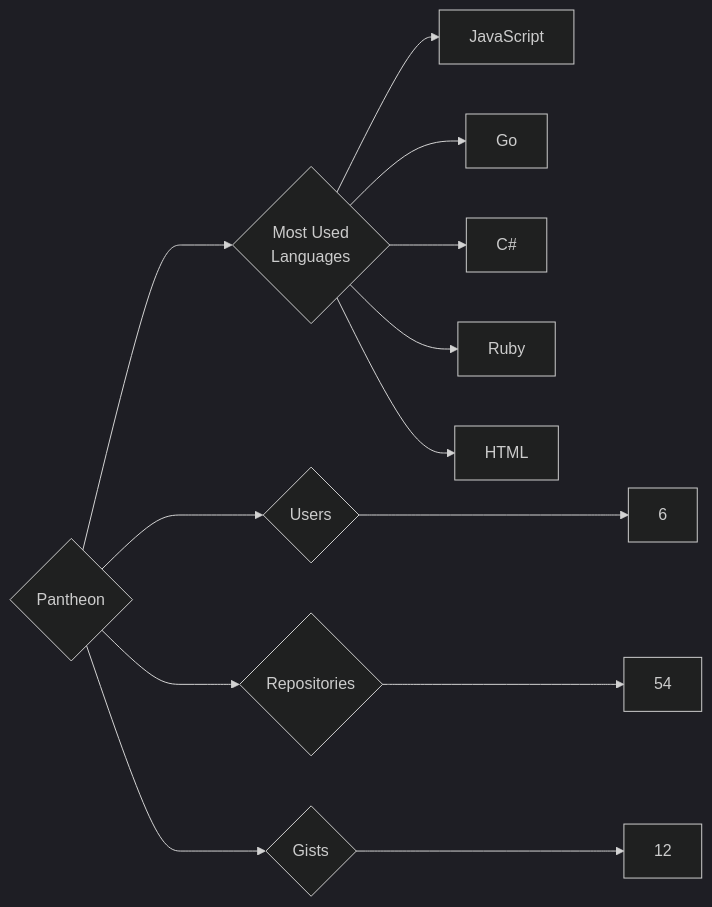
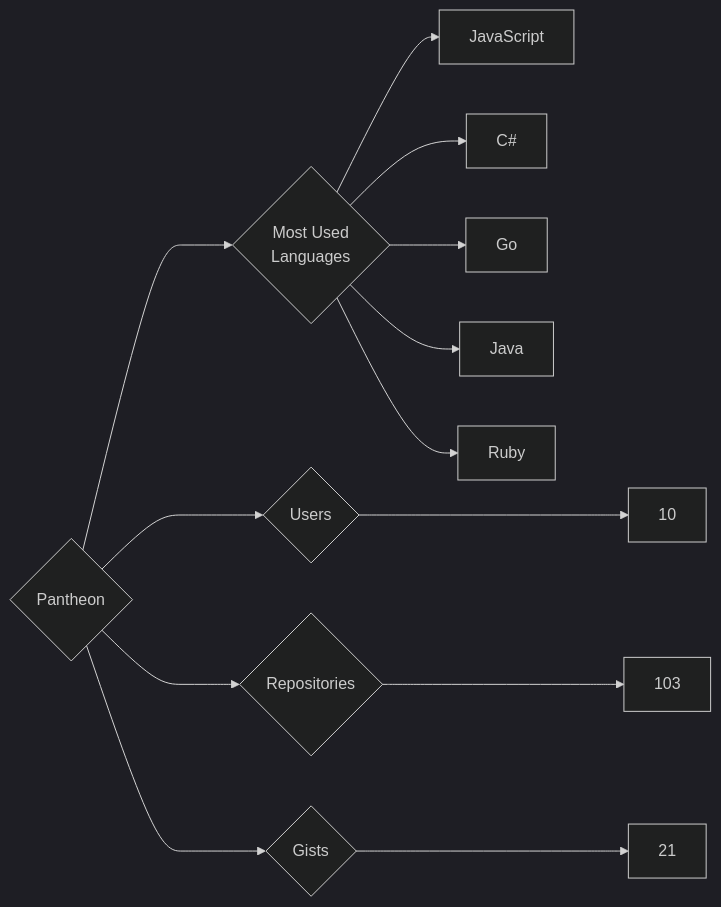
Before and after one commit to trickest/insiders: the diagram in targets/Pantheon/README.md, drawn with Mermaid (dark theme). The commit also changed 1484 other files, not shown here.

````diff
--- a/targets/Pantheon/README.md
+++ b/targets/Pantheon/README.md
@@ -3,13 +3,13 @@
 ```mermaid
 graph LR
 COMPANY_NAME{Pantheon}
-COMPANY_NAME ---> U{Users} ---> UN[6]
-COMPANY_NAME ---> R{Repositories} ---> RN[54]
-COMPANY_NAME ---> G{Gists} ---> GN[12]
+COMPANY_NAME ---> U{Users} ---> UN[10]
+COMPANY_NAME ---> R{Repositories} ---> RN[103]
+COMPANY_NAME ---> G{Gists} ---> GN[21]
 COMPANY_NAME ---> ML{Most Used<br>Languages}
 ML --> JavaScript[JavaScript]
+ML --> C#[C#]
 ML --> Go[Go]
-ML --> C#[C#]
+ML --> Java[Java]
 ML --> Ruby[Ruby]
-ML --> HTML[HTML]
 ```
````
